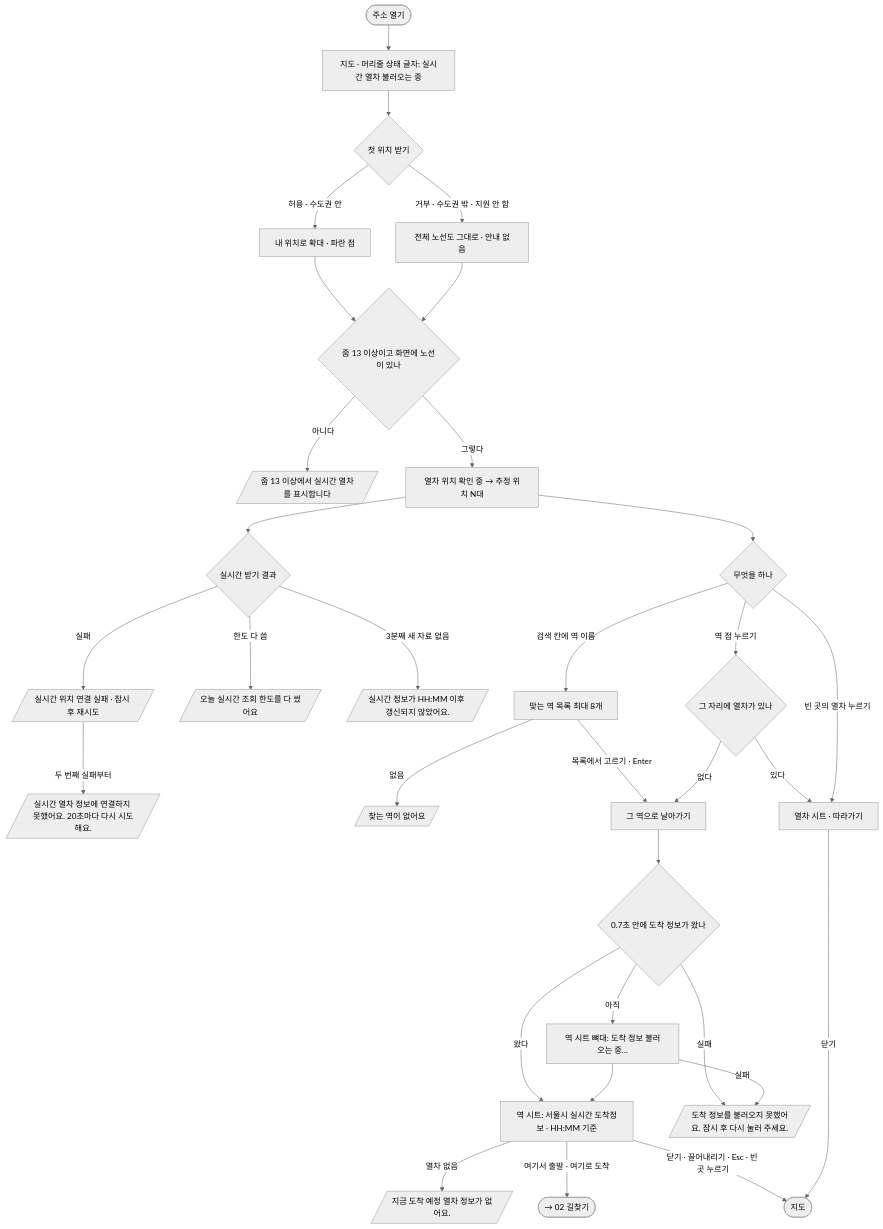
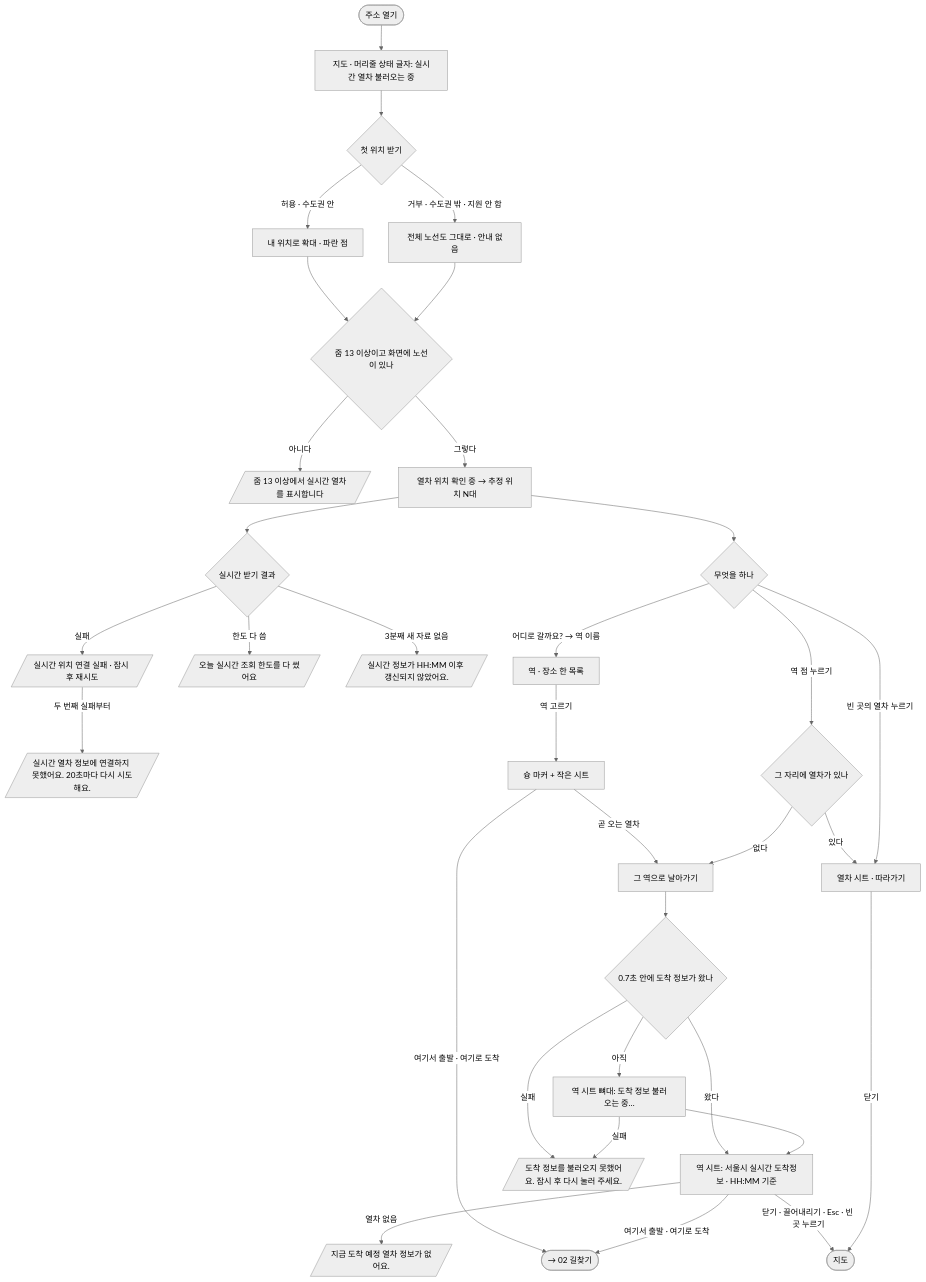
One commit to novum-lab-kr/syung changed the diagram in docs/flows/01-map-search-station.md. Above: the diagram before and after it, drawn with Mermaid (neutral theme). The commit also changed other lines of this file and 64 other files, not shown here.

Commit message:
슝 지도 장소 검색을 「어디로 갈까요?」 하나로 합치기

````diff
--- a/docs/flows/01-map-search-station.md
+++ b/docs/flows/01-map-search-station.md
@@ -12,35 +12,36 @@
 ```mermaid
 flowchart TD
   Start(["주소 열기"]) --> Map["지도 · 머리줄 상태 글자: 실시간 열차 불러오는 중"]
   Map --> Geo{"첫 위치 받기"}
   Geo -- "허용 · 수도권 안" --> Near["내 위치로 확대 · 파란 점"]
   Geo -- "거부 · 수도권 밖 · 지원 안 함" --> Whole["전체 노선도 그대로 · 안내 없음"]
   Near --> Zoom
   Whole --> Zoom
   Zoom{"줌 13 이상이고 화면에 노선이 있나"}
   Zoom -- "아니다" --> Idle[/"줌 13 이상에서 실시간 열차를 표시합니다"/]
   Zoom -- "그렇다" --> Live["열차 위치 확인 중 → 추정 위치 N대"]
   Live --> Feed{"실시간 받기 결과"}
   Feed -- "실패" --> FeedErr[/"실시간 위치 연결 실패 · 잠시 후 재시도"/]
   FeedErr -- "두 번째 실패부터" --> FeedNote[/"실시간 열차 정보에 연결하지 못했어요. 20초마다 다시 시도해요."/]
   Feed -- "한도 다 씀" --> Quota[/"오늘 실시간 조회 한도를 다 썼어요"/]
   Feed -- "3분째 새 자료 없음" --> Stale[/"실시간 정보가 HH:MM 이후 갱신되지 않았어요."/]
   Live --> Pick{"무엇을 하나"}
-  Pick -- "검색 칸에 역 이름" --> Search["맞는 역 목록 최대 8개"]
-  Search -- "없음" --> NoHit[/"찾는 역이 없어요"/]
-  Search -- "목록에서 고르기 · Enter" --> Fly["그 역으로 날아가기"]
+  Pick -- "어디로 갈까요? → 역 이름" --> Search["역 · 장소 한 목록"]
+  Search -- "역 고르기" --> Small["슝 마커 + 작은 시트"]
+  Small -- "곧 오는 열차" --> Fly["그 역으로 날아가기"]
+  Small -- "여기서 출발 · 여기로 도착" --> Journey
   Pick -- "역 점 누르기" --> TrainNear{"그 자리에 열차가 있나"}
   TrainNear -- "있다" --> TrainSheet["열차 시트 · 따라가기"]
   TrainNear -- "없다" --> Fly
   Pick -- "빈 곳의 열차 누르기" --> TrainSheet
   Fly --> Wait{"0.7초 안에 도착 정보가 왔나"}
   Wait -- "왔다" --> Ready["역 시트: 서울시 실시간 도착정보 · HH:MM 기준"]
   Wait -- "아직" --> Skel["역 시트 뼈대: 도착 정보 불러오는 중…"]
   Skel --> Ready
   Wait -- "실패" --> Fail[/"도착 정보를 불러오지 못했어요. 잠시 후 다시 눌러 주세요."/]
   Skel -- "실패" --> Fail
   Ready -- "열차 없음" --> Empty[/"지금 도착 예정 열차 정보가 없어요."/]
   Ready -- "여기서 출발 · 여기로 도착" --> Journey(["→ 02 길찾기"])
   Ready -- "닫기 · 끌어내리기 · Esc · 빈 곳 누르기" --> End(["지도"])
   TrainSheet -- "닫기" --> End
 ```
````
